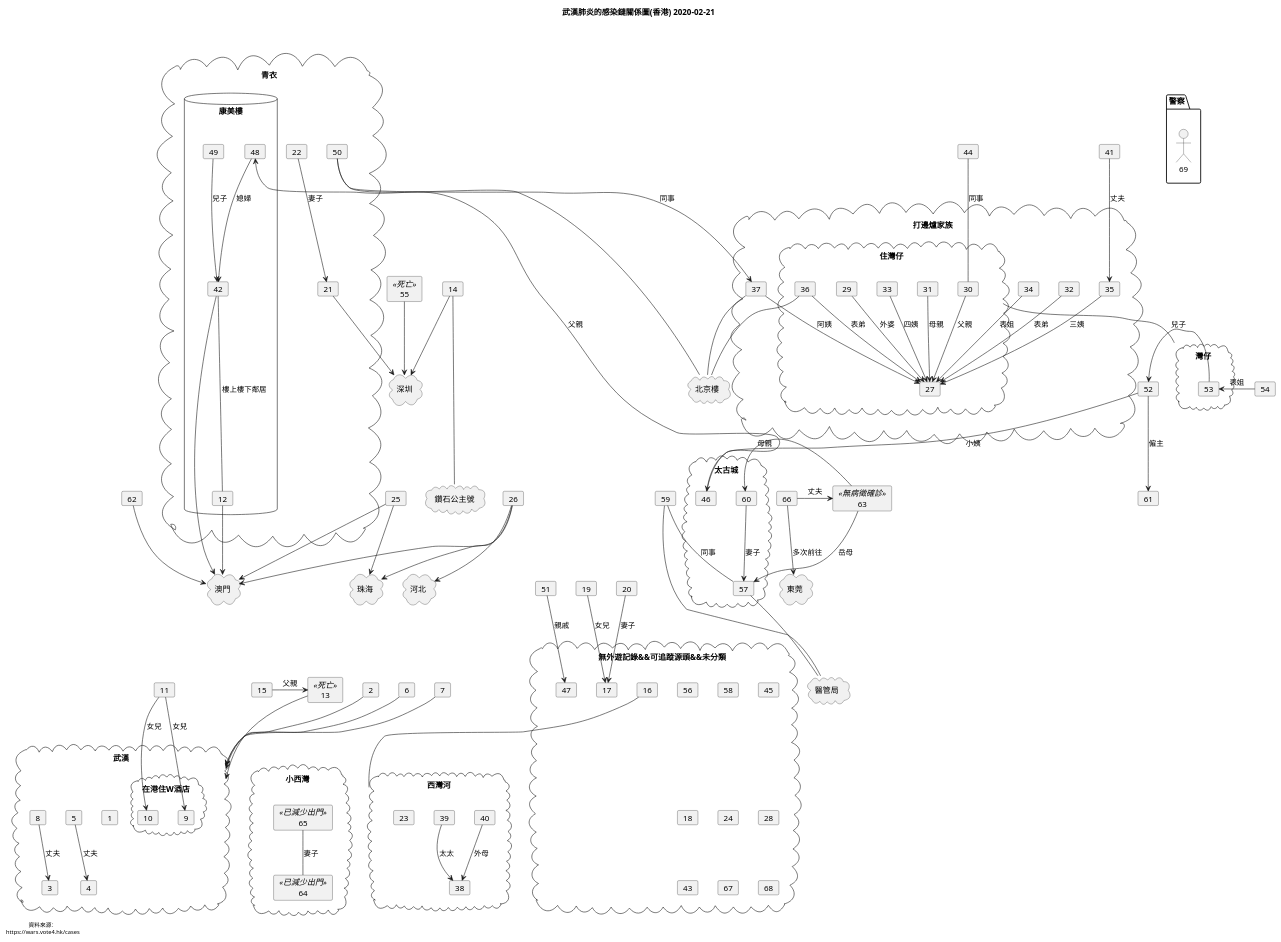
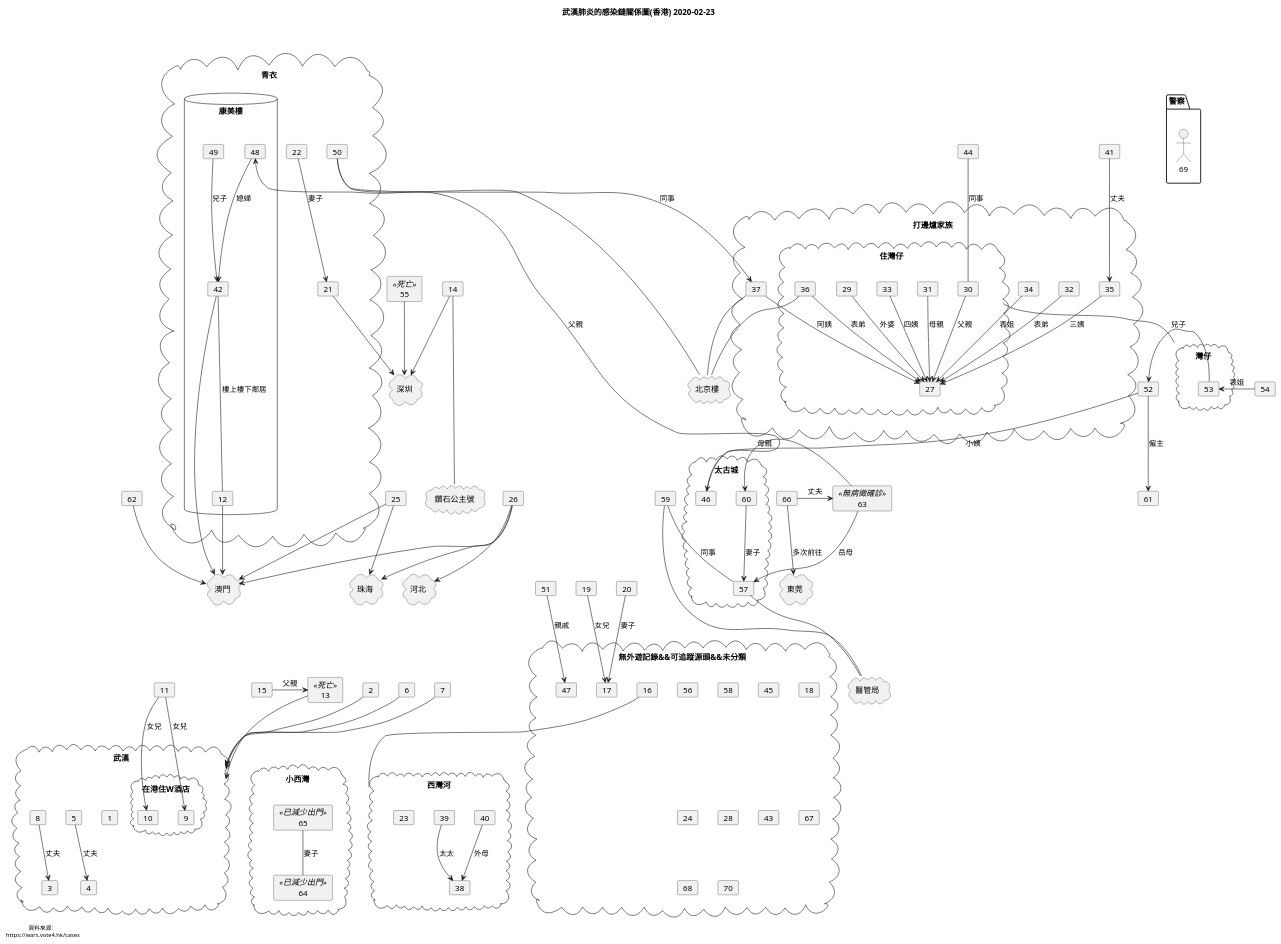
One commit to benlau/wuhan-virus-info changed the diagram in wuhan-virus-spread-hongkong.puml. Above: the diagram before and after it, drawn with PlantUML. The commit also changed 1 other file, not shown here.

```diff
--- a/wuhan-virus-spread-hongkong.puml
+++ b/wuhan-virus-spread-hongkong.puml
@@ -20,7 +20,7 @@
 	FontColor black
 }
 
-title 武漢肺炎的感染鏈關係圖(香港) 2020-02-21\n\n
+title 武漢肺炎的感染鏈關係圖(香港) 2020-02-23\n\n
 
 cloud "深圳" as ShenZhen
 
@@ -106,6 +106,7 @@
   card 47
 	card 67
 	card 68
+	card 70
 }
 
 cloud "澳門" as Macau
```
